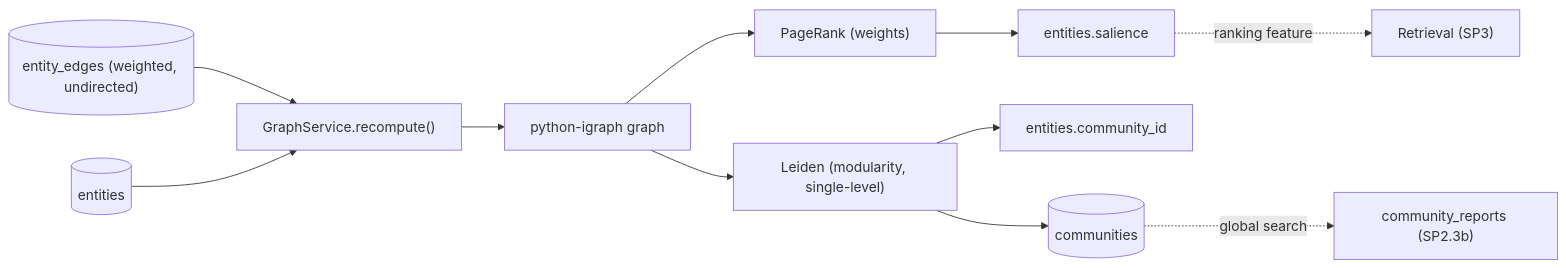
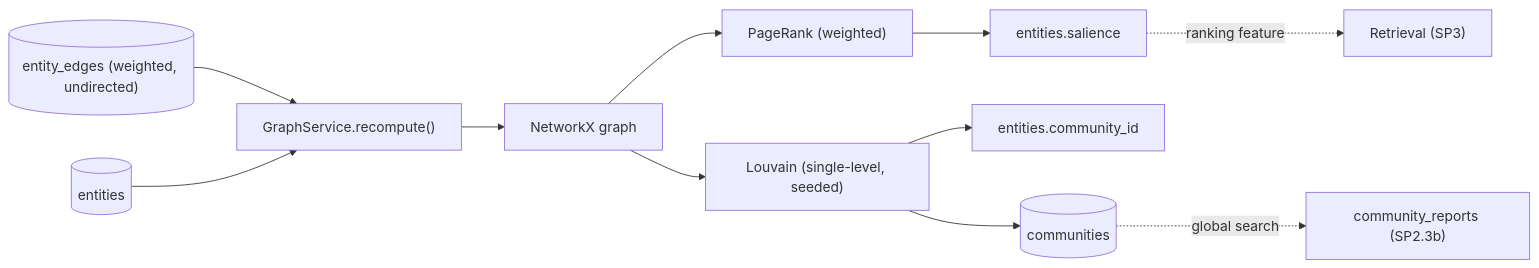
Before and after one commit to dionysusliu/Munger: the diagram in docs/superpowers/plans/2026-06-10-sp2.3-salience-communities.md, drawn with Mermaid. The commit also changed other lines of this file and 1 other file, not shown here.

First line of the commit message:
docs: sync SP2.3 plan + spec to NetworkX + Louvain (txtai-aligned)

````diff
--- a/docs/superpowers/plans/2026-06-10-sp2.3-salience-communities.md
+++ b/docs/superpowers/plans/2026-06-10-sp2.3-salience-communities.md
@@ -15,13 +15,13 @@
 ```mermaid
 flowchart LR
     EE[("entity_edges (weighted, undirected)")] --> LOAD["GraphService.recompute()"]
     ENT[("entities")] --> LOAD
-    LOAD --> IG["python-igraph graph"]
-    IG --> PR["PageRank (weights)"]
-    IG --> LE["Leiden (modularity, single-level)"]
+    LOAD --> IG["NetworkX graph"]
+    IG --> PR["PageRank (weighted)"]
+    IG --> LE["Louvain (single-level, seeded)"]
     PR --> SAL["entities.salience"]
     LE --> CID["entities.community_id"]
     LE --> COMM[("communities")]
     SAL -. ranking feature .-> RET["Retrieval (SP3)"]
     COMM -. global search .-> RPT["community_reports (SP2.3b)"]
 ```
````
